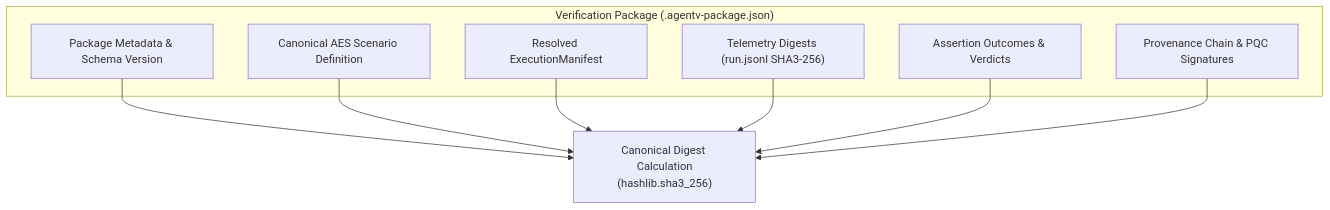
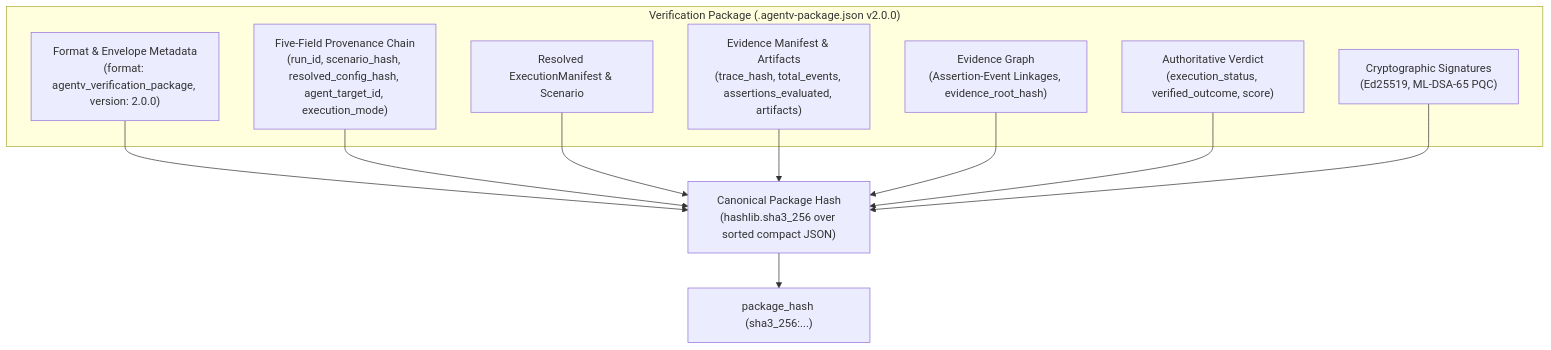
Before and after one commit to najeed/ai-agent-eval-harness: the diagram in docs/src/content/docs/spec/agentv_package_spec.md, drawn with Mermaid. The commit also changed other lines of this file and 28 other files, not shown here.

````diff
--- a/docs/src/content/docs/spec/agentv_package_spec.md
+++ b/docs/src/content/docs/spec/agentv_package_spec.md
@@ -8,19 +8,22 @@
 ```mermaid
 graph TD
-    subgraph "Verification Package (.agentv-package.json)"
-        Meta["Package Metadata & Schema Version"]
-        Scenario["Canonical AES Scenario Definition"]
-        Manifest["Resolved ExecutionManifest"]
-        Telemetry["Telemetry Digests (run.jsonl SHA3-256)"]
-        Assertions["Assertion Outcomes & Verdicts"]
-        Signatures["Provenance Chain & PQC Signatures"]
+    subgraph "Verification Package (.agentv-package.json v2.0.0)"
+        Envelope["Format & Envelope Metadata<br/>(format: agentv_verification_package, version: 2.0.0)"]
+        Chain["Five-Field Provenance Chain<br/>(run_id, scenario_hash, resolved_config_hash, agent_target_id, execution_mode)"]
+        Manifest["Resolved ExecutionManifest & Scenario"]
+        Evidence["Evidence Manifest & Artifacts<br/>(trace_hash, total_events, assertions_evaluated, artifacts)"]
+        Graph["Evidence Graph<br/>(Assertion-Event Linkages, evidence_root_hash)"]
+        Verdict["Authoritative Verdict<br/>(execution_status, verified_outcome, score)"]
+        Signatures["Cryptographic Signatures<br/>(Ed25519, ML-DSA-65 PQC)"]
     end
     
-    Hash["Canonical Digest Calculation<br/>(hashlib.sha3_256)"]
-    Meta --> Hash
-    Scenario --> Hash
+    Hash["Canonical Package Hash<br/>(hashlib.sha3_256 over sorted compact JSON)"]
+    Envelope --> Hash
+    Chain --> Hash
     Manifest --> Hash
-    Telemetry --> Hash
-    Assertions --> Hash
+    Evidence --> Hash
+    Graph --> Hash
+    Verdict --> Hash
     Signatures --> Hash
+    Hash --> Root["package_hash (sha3_256:...)"]
 ```
````
